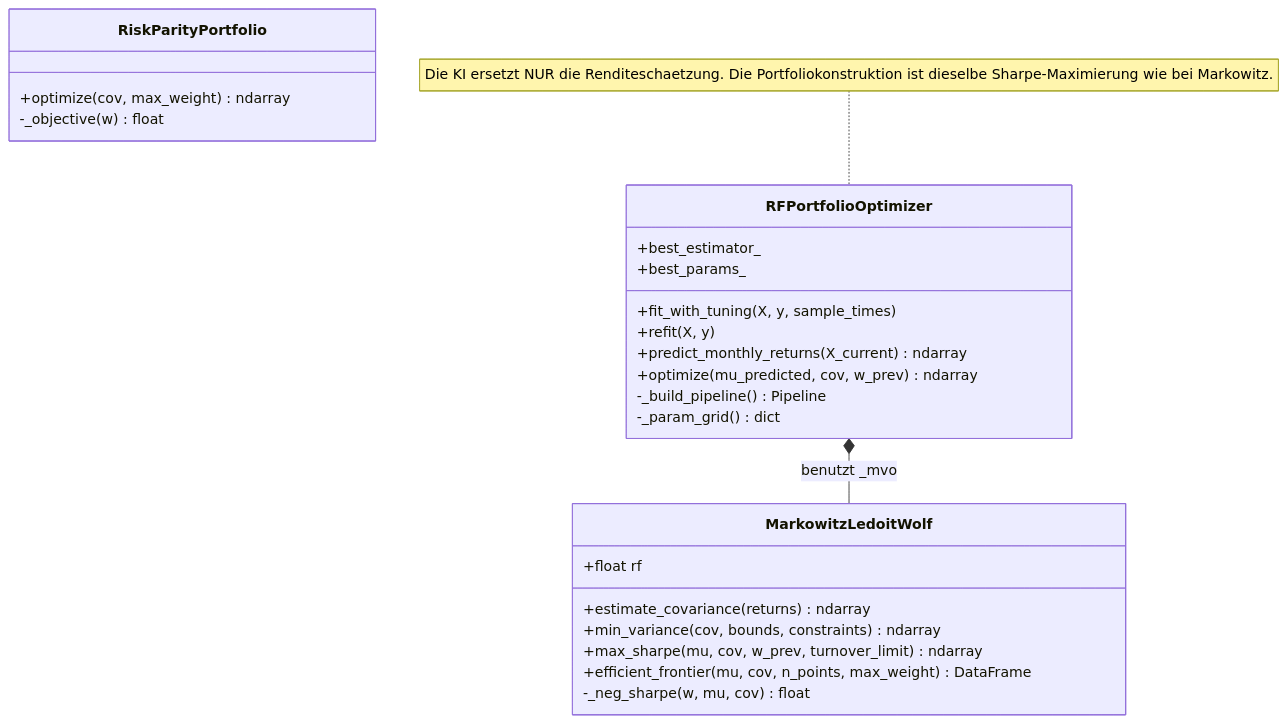
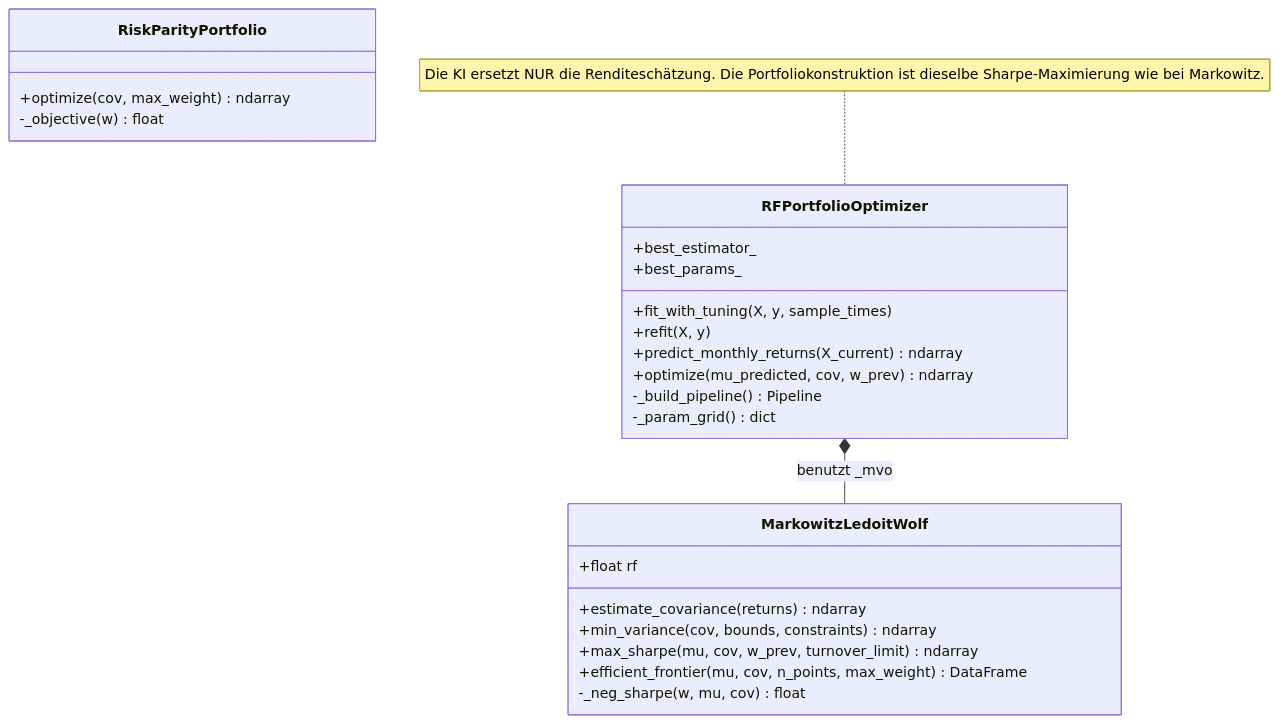
The fifth of 13 diagrams in Handbook.md (MaxZoelfl/wseminar-portfolio-optimierung), drawn with Mermaid before and after one commit. The commit also changed other lines of this file and 39 other files, not shown here.

````diff
--- a/Handbook.md
+++ b/Handbook.md
@@ -310,27 +310,27 @@
 ```mermaid
 classDiagram
     class MarkowitzLedoitWolf {
         +float rf
         +estimate_covariance(returns) ndarray
         +min_variance(cov, bounds, constraints) ndarray
         +max_sharpe(mu, cov, w_prev, turnover_limit) ndarray
         +efficient_frontier(mu, cov, n_points, max_weight) DataFrame
         -_neg_sharpe(w, mu, cov) float
     }
     class RiskParityPortfolio {
         +optimize(cov, max_weight) ndarray
         -_objective(w) float
     }
     class RFPortfolioOptimizer {
         +best_estimator_
         +best_params_
         +fit_with_tuning(X, y, sample_times)
         +refit(X, y)
         +predict_monthly_returns(X_current) ndarray
         +optimize(mu_predicted, cov, w_prev) ndarray
         -_build_pipeline() Pipeline
         -_param_grid() dict
     }
     RFPortfolioOptimizer *-- MarkowitzLedoitWolf : benutzt _mvo
-    note for RFPortfolioOptimizer "Die KI ersetzt NUR die Renditeschaetzung. Die Portfoliokonstruktion ist dieselbe Sharpe-Maximierung wie bei Markowitz."
+    note for RFPortfolioOptimizer "Die KI ersetzt NUR die Renditeschätzung. Die Portfoliokonstruktion ist dieselbe Sharpe-Maximierung wie bei Markowitz."
 ```
````
